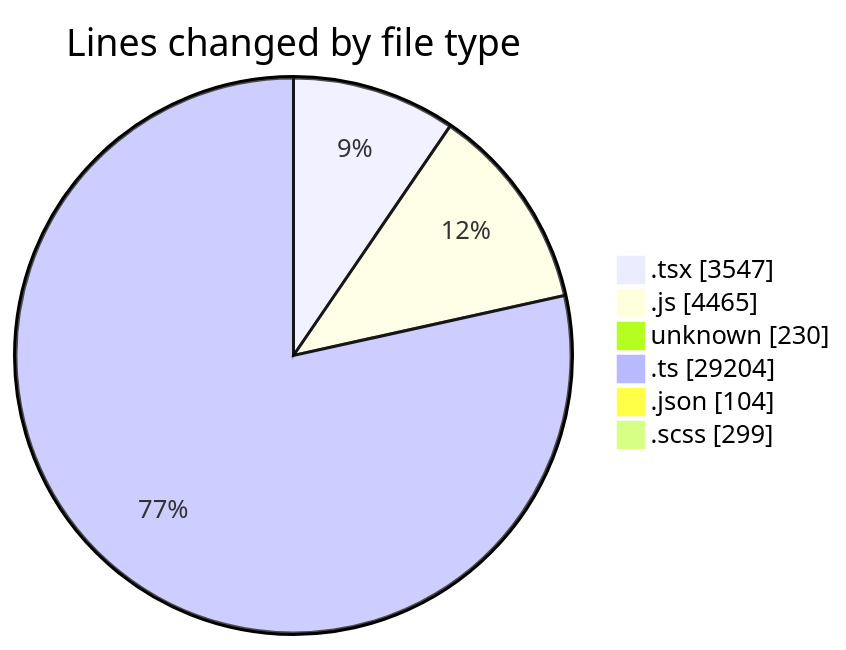
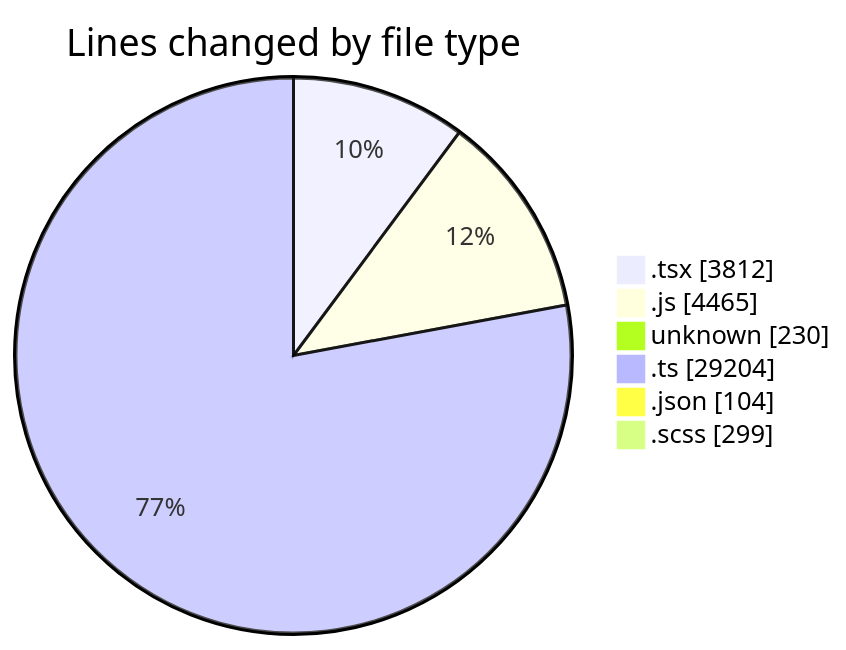
Before and after one commit to momahboobian/code-tracking: the first of 2 diagrams in 2026-05-06/cda/README.md, drawn with Mermaid. The commit also changed other lines of this file and 1 other file, not shown here.

````diff
--- a/2026-05-06/cda/README.md
+++ b/2026-05-06/cda/README.md
@@ -83,10 +86,10 @@
 ```mermaid
 pie showData
 title Lines changed by file type
-".tsx" : 3547
+".tsx" : 3812
 ".js" : 4465
 "unknown" : 230
 ".ts" : 29204
 ".json" : 104
 ".scss" : 299
 ```
````
